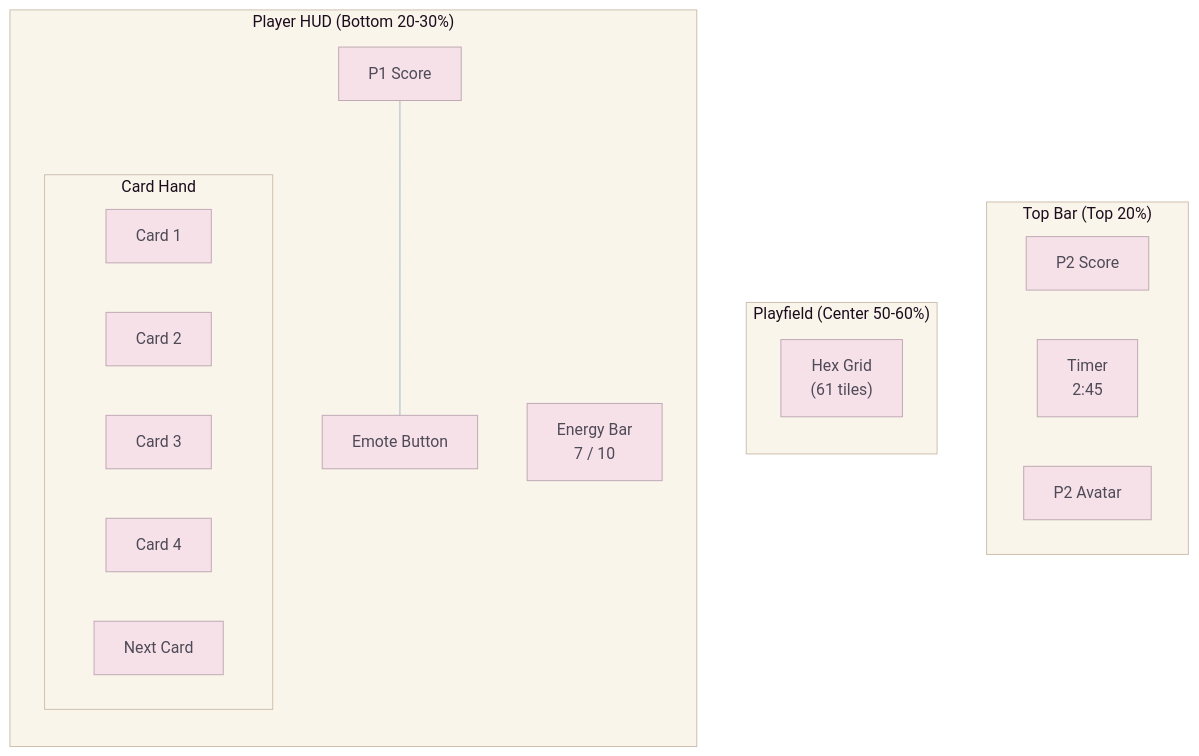
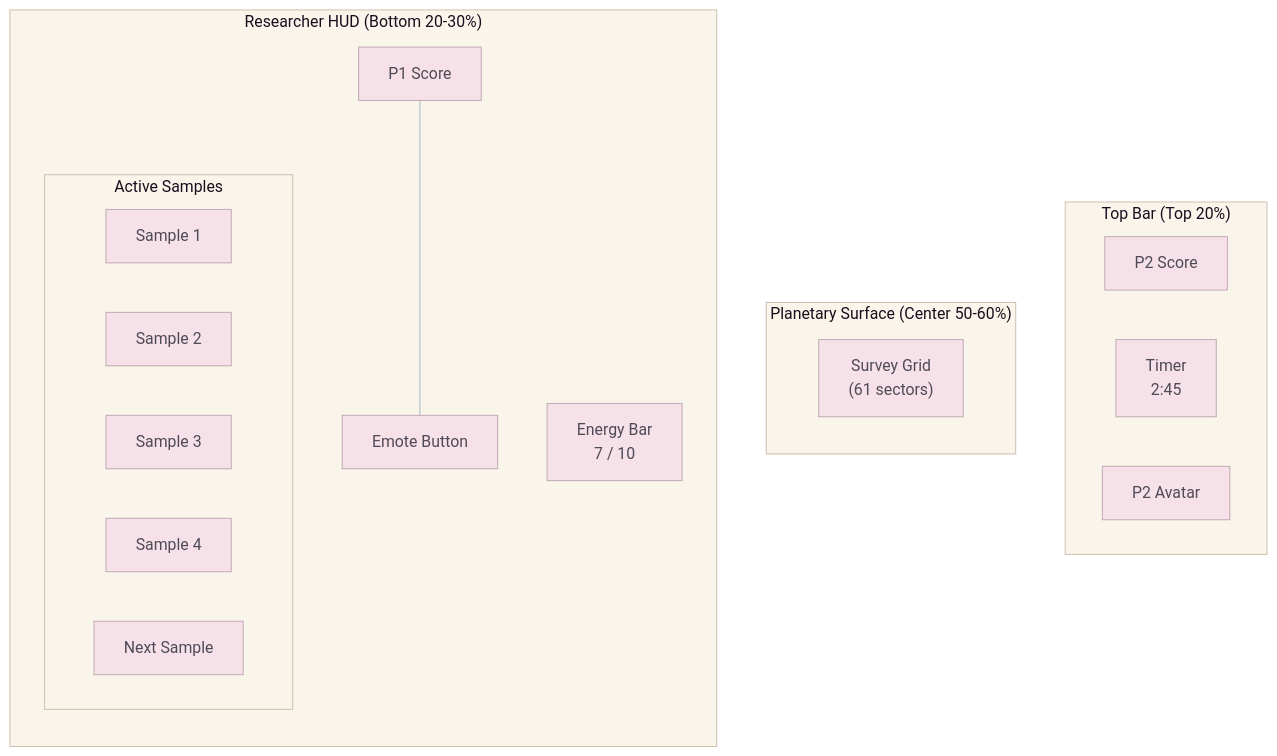
Before and after one commit to unknown-studios-code/goo-galaxy: the third of 3 diagrams in .docs/GDD/06_Art_Direction_and_UX.md, drawn with Mermaid. The commit also changed other lines of this file and 20 other files, not shown here.

````diff
--- a/.docs/GDD/06_Art_Direction_and_UX.md
+++ b/.docs/GDD/06_Art_Direction_and_UX.md
@@ -162,29 +184,29 @@
 ```mermaid
 %%{init: {"theme":"base","themeVariables":{"primaryColor":"#F7E1E8","secondaryColor":"#DCEBF7","tertiaryColor":"#E4F3E1","primaryBorderColor":"#BFA9B5","lineColor":"#A8B6C8","primaryTextColor":"#4E4A57","clusterBkg":"#FAF5EA","clusterBorder":"#CDBFAF","edgeLabelBackground":"#FFF9F2","noteBkgColor":"#F7F1FA","noteTextColor":"#4E4A57","taskBkgColor":"#DCEBF7","taskTextColor":"#4E4A57","taskTextOutsideColor":"#4E4A57","sectionBkgColor":"#E4F3E1","sectionBorderColor":"#BCD0B9","gridColor":"#E8DDD3","todayLineColor":"#C7A7B5","actorBkg":"#F7E1E8","actorBorder":"#BFA9B5","actorTextColor":"#4E4A57","signalColor":"#A8B6C8","signalTextColor":"#4E4A57","labelBoxBkgColor":"#FFF9F2","labelBoxBorderColor":"#CDBFAF","labelTextColor":"#4E4A57"}}}%%
 flowchart TB
   subgraph TOP["Top Bar (Top 20%)"]
     direction LR
     P2S["P2 Score"]
     TIMER["Timer<br/>2:45"]
     P2A["P2 Avatar"]
   end
 
-  subgraph MID["Playfield (Center 50-60%)"]
+  subgraph MID["Planetary Surface (Center 50-60%)"]
     direction TB
-    GRID["Hex Grid<br/>(61 tiles)"]
+    GRID["Survey Grid<br/>(61 sectors)"]
   end
 
-  subgraph BOTTOM["Player HUD (Bottom 20-30%)"]
+  subgraph BOTTOM["Researcher HUD (Bottom 20-30%)"]
     direction TB
     META["P1 Score"] --- EMOTE["Emote Button"]
     ENERGY["Energy Bar<br/>7 / 10"]
-    subgraph HAND["Card Hand"]
+    subgraph HAND["Active Samples"]
       direction LR
-      C1["Card 1"]
-      C2["Card 2"]
-      C3["Card 3"]
-      C4["Card 4"]
-      NEXT["Next Card"]
+      C1["Sample 1"]
+      C2["Sample 2"]
+      C3["Sample 3"]
+      C4["Sample 4"]
+      NEXT["Next Sample"]
     end
   end
 ```
````
